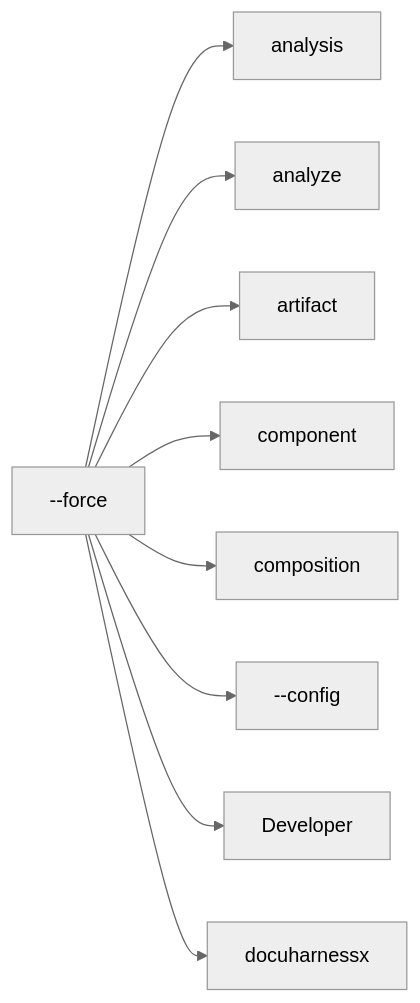
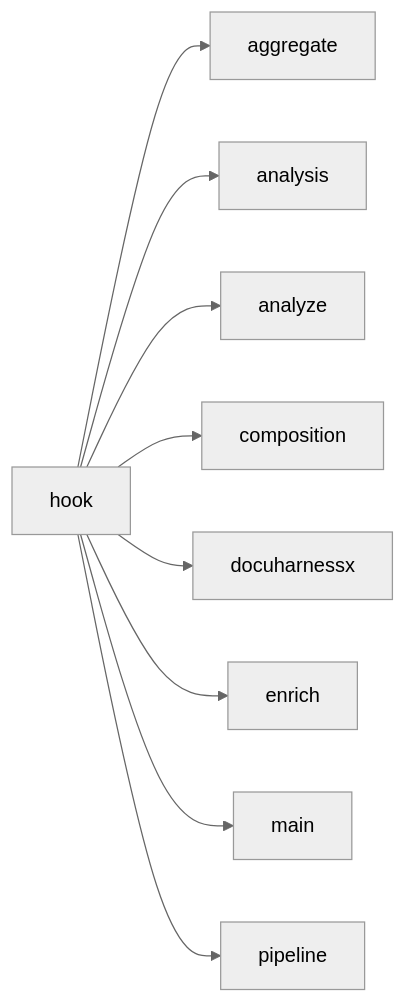
One commit to norandom/DocuHarnessX changed diagram 13 of 30 in docs/glossary.md. Above: the diagram before and after it, drawn with Mermaid (neutral theme). The commit also changed other lines of this file and 7 other files, not shown here.

````diff
--- a/docs/glossary.md
+++ b/docs/glossary.md
@@ -592,20 +472,20 @@
 ```mermaid
 flowchart LR
-  here["--force"]
-  r0["analysis"]
+  here["hook"]
+  r0["aggregate"]
   here --> r0
-  r1["analyze"]
+  r1["analysis"]
   here --> r1
-  r2["artifact"]
+  r2["analyze"]
   here --> r2
-  r3["component"]
+  r3["composition"]
   here --> r3
-  r4["composition"]
+  r4["docuharnessx"]
   here --> r4
-  r5["--config"]
+  r5["enrich"]
   here --> r5
-  r6["Developer"]
+  r6["main"]
   here --> r6
-  r7["docuharnessx"]
+  r7["pipeline"]
   here --> r7
 ```
````
